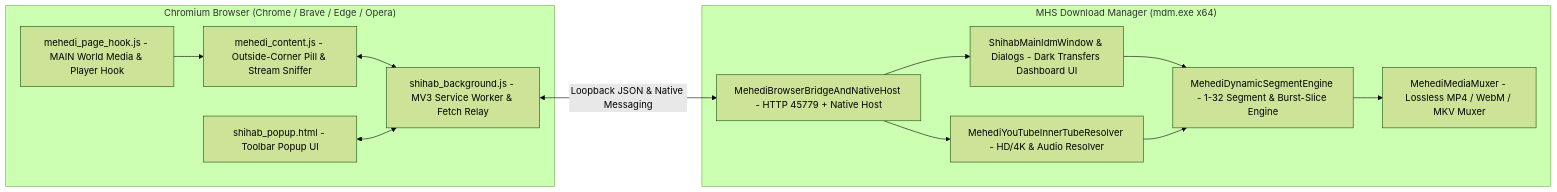
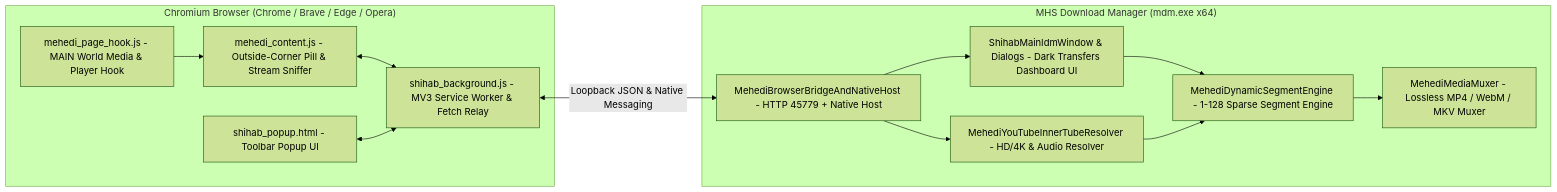
One commit to sshihabb007/MHS-DOWNLOAD-MANAGER changed the diagram in README.md. Above: the diagram before and after it, drawn with Mermaid (forest theme). The commit also changed other lines of this file and 11 other files, not shown here.

````diff
--- a/README.md
+++ b/README.md
@@ -141,28 +141,28 @@
 ```mermaid
 flowchart LR
     subgraph Browser["Chromium Browser (Chrome / Brave / Edge / Opera)"]
         PH["mehedi_page_hook.js - MAIN World Media & Player Hook"]
         CS["mehedi_content.js - Outside-Corner Pill & Stream Sniffer"]
         SW["shihab_background.js - MV3 Service Worker & Fetch Relay"]
         PU["shihab_popup.html - Toolbar Popup UI"]
         PH --> CS
         CS <--> SW
         PU <--> SW
     end
 
     subgraph Desktop["MHS Download Manager (mdm.exe x64)"]
         BR["MehediBrowserBridgeAndNativeHost - HTTP 45779 + Native Host"]
         UI["ShihabMainIdmWindow & Dialogs - Dark Transfers Dashboard UI"]
         YT["MehediYouTubeInnerTubeResolver - HD/4K & Audio Resolver"]
-        DE["MehediDynamicSegmentEngine - 1-32 Segment & Burst-Slice Engine"]
+        DE["MehediDynamicSegmentEngine - 1-128 Sparse Segment Engine"]
         MX["MehediMediaMuxer - Lossless MP4 / WebM / MKV Muxer"]
 
         BR --> UI
         BR --> YT
         UI --> DE
         YT --> DE
         DE --> MX
     end
 
     SW <-->|"Loopback JSON & Native Messaging"| BR
 ```
````
